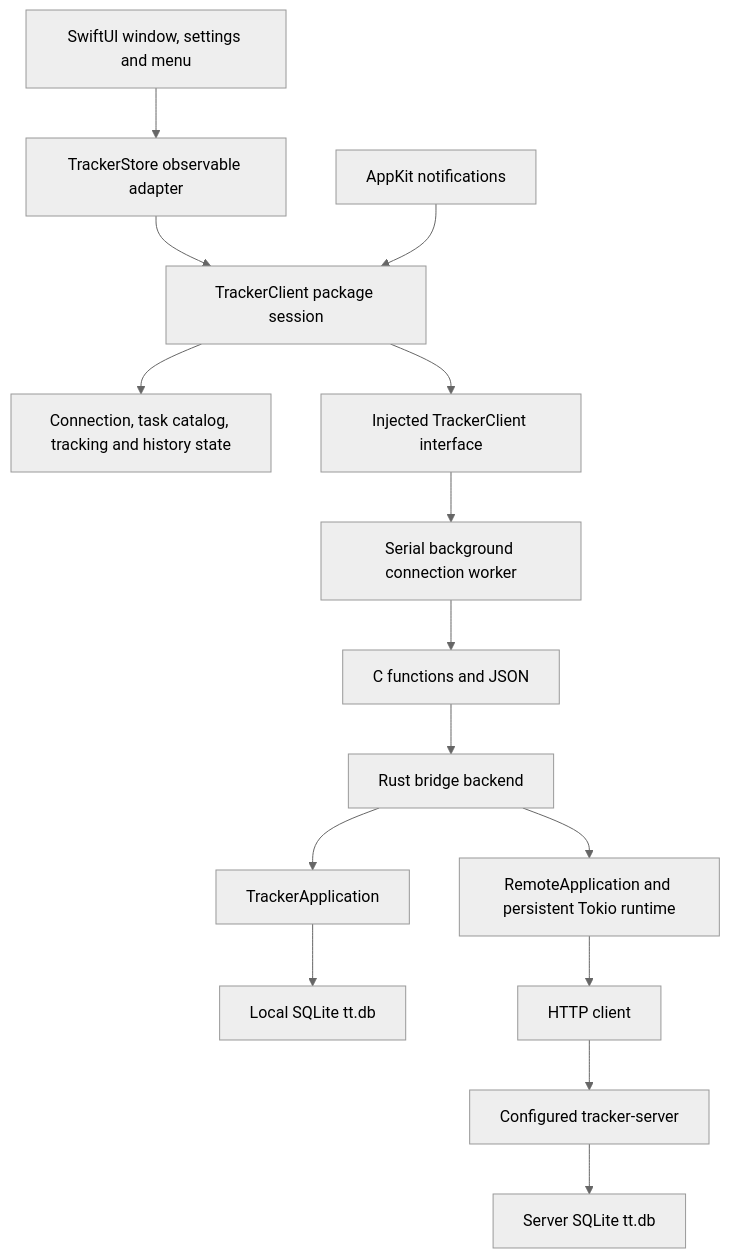
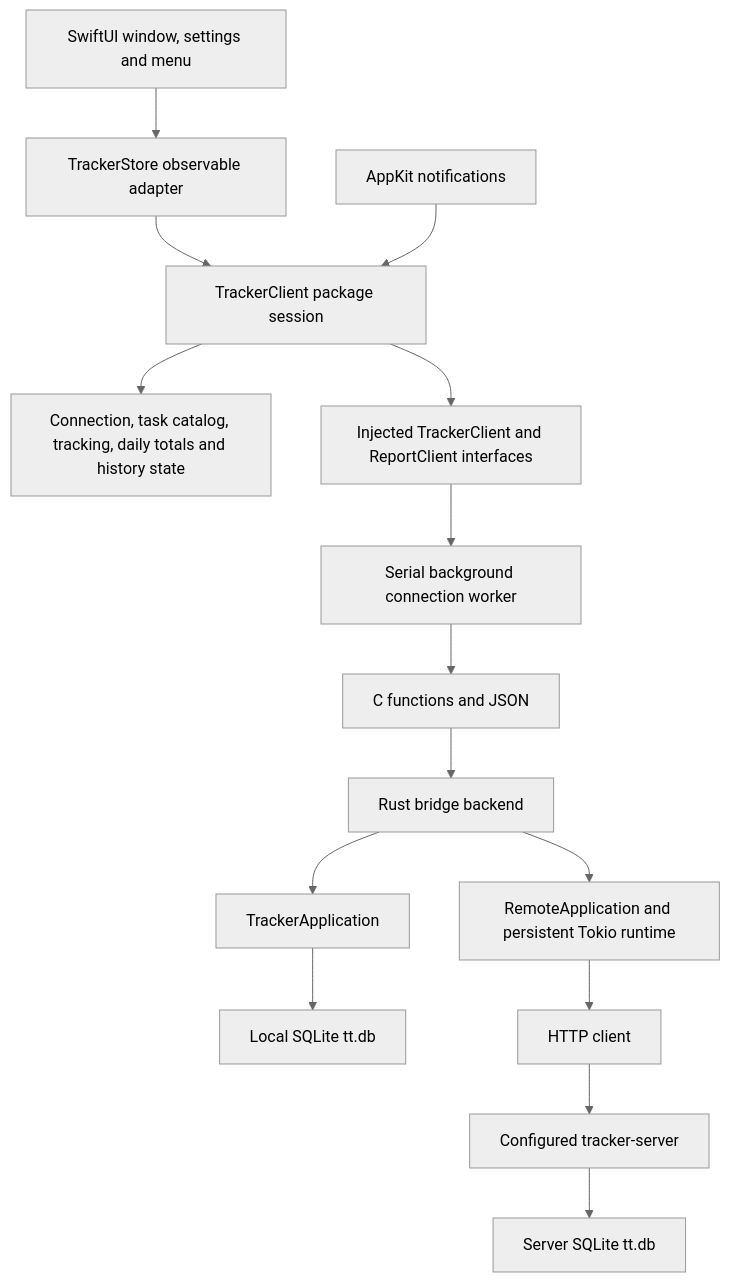
Before and after one commit to remshams/time-tracker: the diagram in apps/swiftui/README.md, drawn with Mermaid (neutral theme). The commit also changed other lines of this file and 4 other files, not shown here.

````diff
--- a/apps/swiftui/README.md
+++ b/apps/swiftui/README.md
@@ -98,17 +106,17 @@
 ```mermaid
 flowchart TD
     UI[SwiftUI window, settings and menu] --> Store[TrackerStore observable adapter]
     Store --> Session[TrackerClient package session]
-    Session --> Features[Connection, task catalog, tracking and history state]
+    Session --> Features[Connection, task catalog, tracking, daily totals and history state]
     Lifecycle[AppKit notifications] --> Session
-    Session --> Port[Injected TrackerClient interface]
+    Session --> Port[Injected TrackerClient and ReportClient interfaces]
     Port --> Worker[Serial background connection worker]
     Worker --> ABI[C functions and JSON]
     ABI --> Backend[Rust bridge backend]
     Backend --> Local[TrackerApplication]
     Local --> DB[Local SQLite tt.db]
     Backend --> Remote[RemoteApplication and persistent Tokio runtime]
     Remote --> HTTP[HTTP client]
     HTTP --> Server[Configured tracker-server]
     Server --> ServerDB[Server SQLite tt.db]
 ```
````
